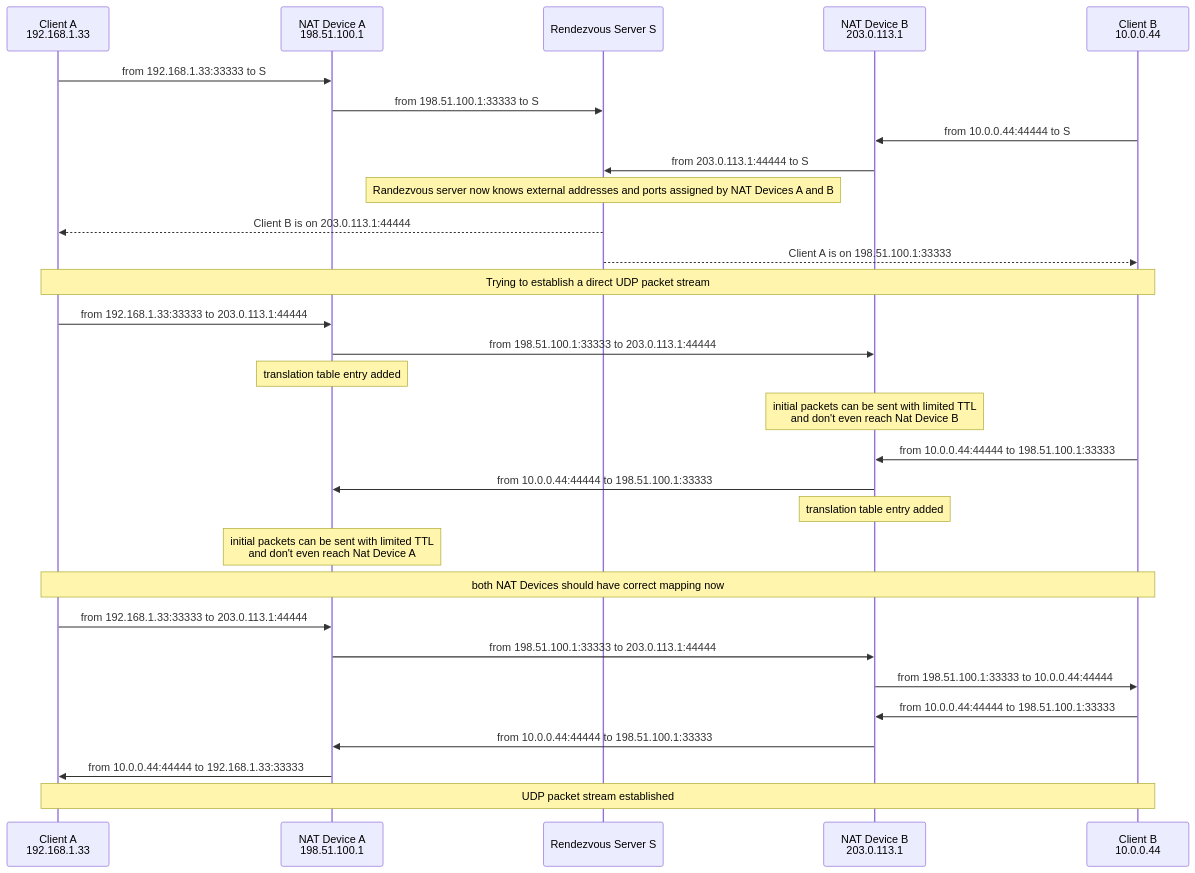
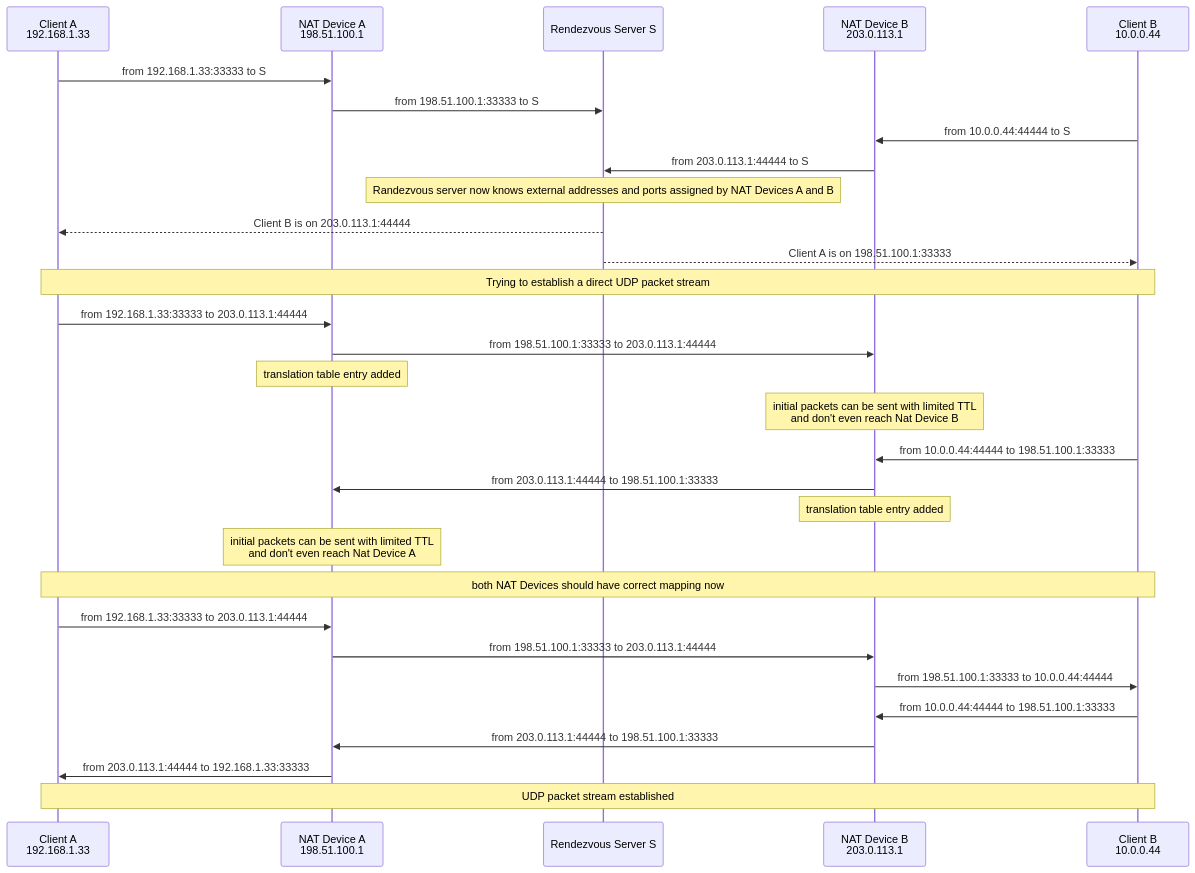
The first of 2 diagrams in TFTP-NAT-UHP.md (kupson/udp-hole-punching), drawn with Mermaid before and after one commit. The commit also changed other lines of this file, not shown here.

````diff
--- a/TFTP-NAT-UHP.md
+++ b/TFTP-NAT-UHP.md
@@ -27,33 +27,33 @@
 ```mermaid
 sequenceDiagram
     participant ClientA as Client A<br />192.168.1.33
     participant NatA as NAT Device A<br />198.51.100.1
     participant S as Rendezvous Server S
     participant NatB as NAT Device B<br />203.0.113.1
     participant ClientB as Client B<br />10.0.0.44
 
 ClientA ->> NatA: from 192.168.1.33:33333 to S
 NatA ->> S: from 198.51.100.1:33333 to S
 ClientB ->> NatB: from 10.0.0.44:44444 to S
 NatB ->> S: from 203.0.113.1:44444 to S
 Note over S: Randezvous server now knows external addresses and ports assigned by NAT Devices A and B
 S -->> ClientA: Client B is on 203.0.113.1:44444
 S -->> ClientB: Client A is on 198.51.100.1:33333
 Note over ClientA,ClientB: Trying to establish a direct UDP packet stream
 ClientA ->> NatA: from 192.168.1.33:33333 to 203.0.113.1:44444
 NatA ->> NatB: from 198.51.100.1:33333 to 203.0.113.1:44444
 Note over NatA: translation table entry added
 Note over NatB: initial packets can be sent with limited TTL<br /> and don't even reach Nat Device B
 ClientB ->> NatB: from 10.0.0.44:44444 to 198.51.100.1:33333
-NatB ->> NatA: from 10.0.0.44:44444 to 198.51.100.1:33333
+NatB ->> NatA: from 203.0.113.1:44444 to 198.51.100.1:33333
 Note over NatB: translation table entry added
 Note over NatA: initial packets can be sent with limited TTL<br /> and don't even reach Nat Device A
 Note over ClientA,ClientB: both NAT Devices should have correct mapping now
 ClientA ->> NatA: from 192.168.1.33:33333 to 203.0.113.1:44444
 NatA ->> NatB: from 198.51.100.1:33333 to 203.0.113.1:44444
 NatB ->> ClientB: from 198.51.100.1:33333 to 10.0.0.44:44444
 ClientB ->> NatB: from 10.0.0.44:44444 to 198.51.100.1:33333
-NatB ->> NatA: from 10.0.0.44:44444 to 198.51.100.1:33333
-NatA ->> ClientA: from 10.0.0.44:44444 to 192.168.1.33:33333
+NatB ->> NatA: from 203.0.113.1:44444 to 198.51.100.1:33333
+NatA ->> ClientA: from 203.0.113.1:44444 to 192.168.1.33:33333
 Note over ClientA,ClientB: UDP packet stream established
 ```
````
